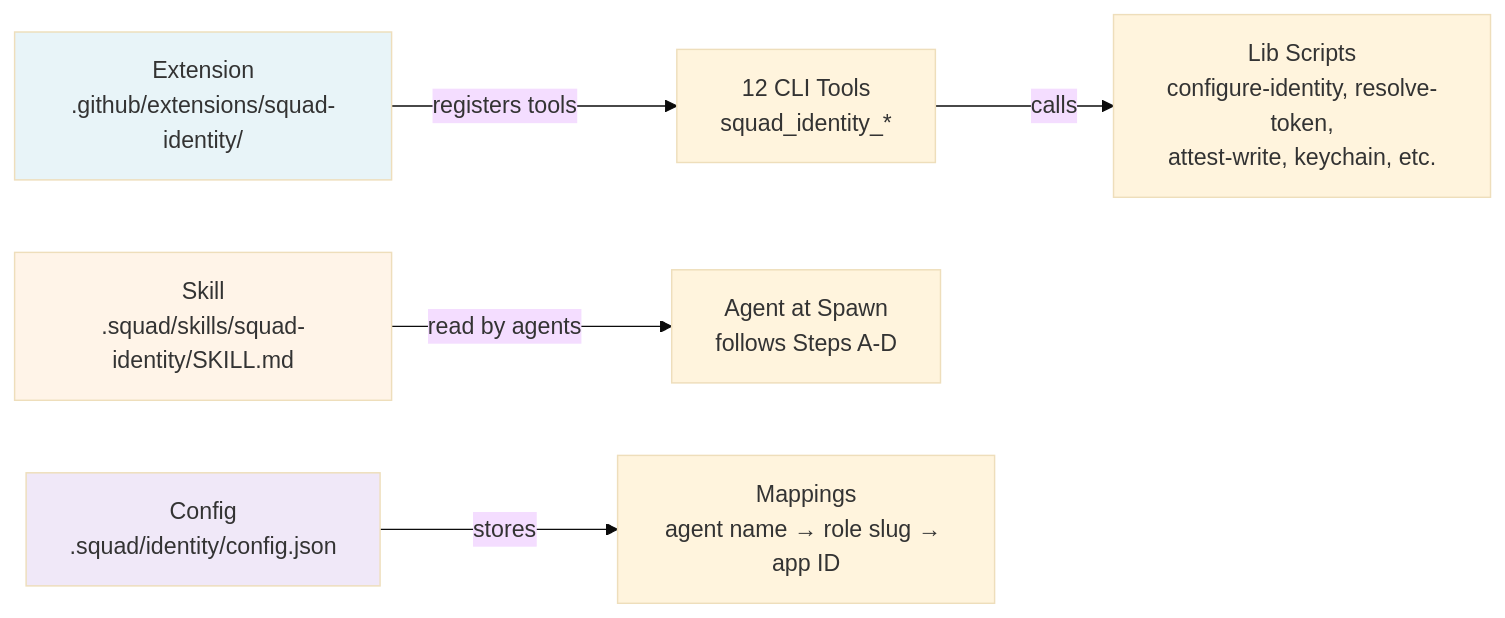
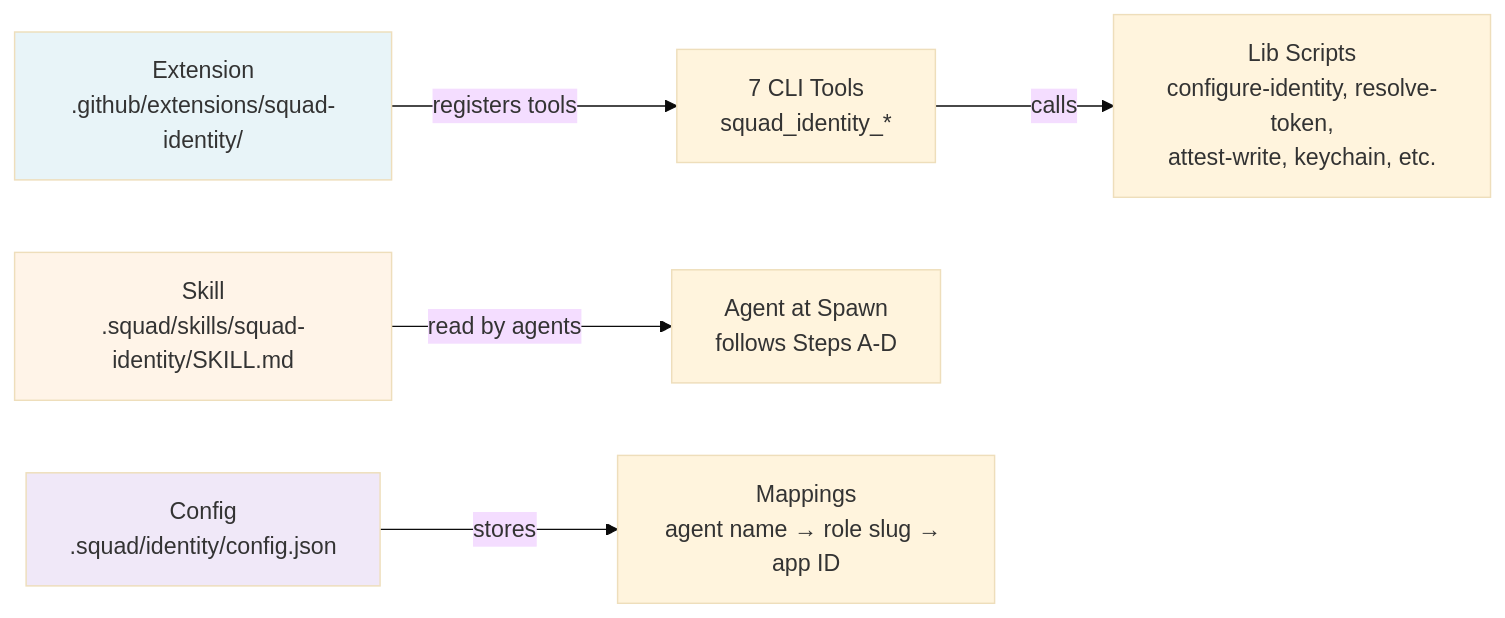
Before and after one commit to sabbour/squad-identity: the first of 2 diagrams in README.md, drawn with Mermaid (base theme). The commit also changed other lines of this file and 12 other files, not shown here.

First line of the commit message:
feat: consolidate CLI 12→7 commands, extension 12→7 tools

````diff
--- a/README.md
+++ b/README.md
@@ -240,11 +237,11 @@
 ```mermaid
 graph LR
-    A["Extension<br/>.github/extensions/squad-identity/"] -->|registers tools| B["12 CLI Tools<br/>squad_identity_*"]
+    A["Extension<br/>.github/extensions/squad-identity/"] -->|registers tools| B["7 CLI Tools<br/>squad_identity_*"]
     B -->|calls| C["Lib Scripts<br/>configure-identity, resolve-token,<br/>attest-write, keychain, etc."]
     D["Skill<br/>.squad/skills/squad-identity/SKILL.md"] -->|read by agents| E["Agent at Spawn<br/>follows Steps A-D"]
     F["Config<br/>.squad/identity/config.json"] -->|stores| G["Mappings<br/>agent name → role slug → app ID"]
     
     style A fill:#e8f4f8
     style D fill:#fff4e8
     style F fill:#f0e8f8
 ```
````
